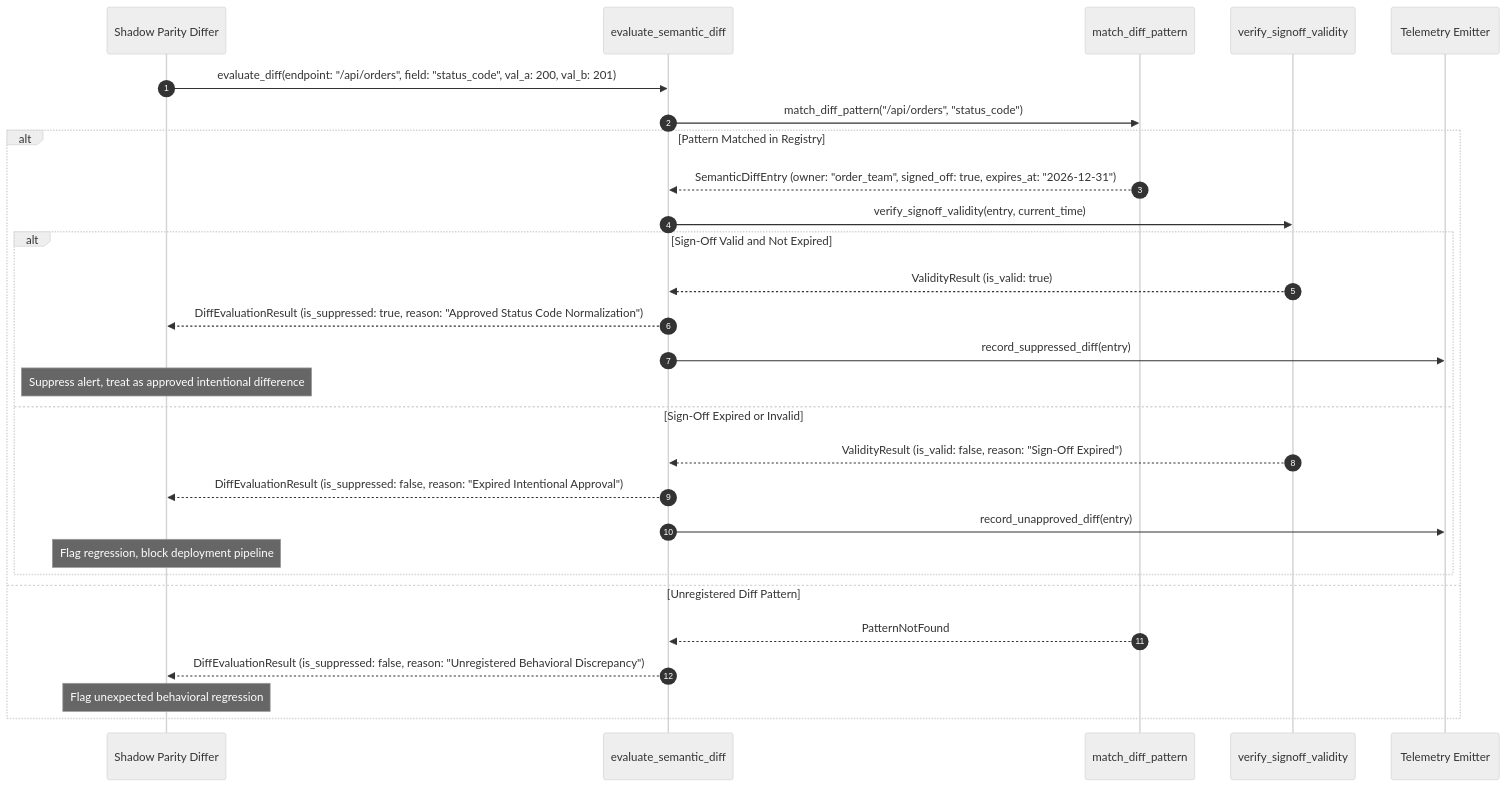
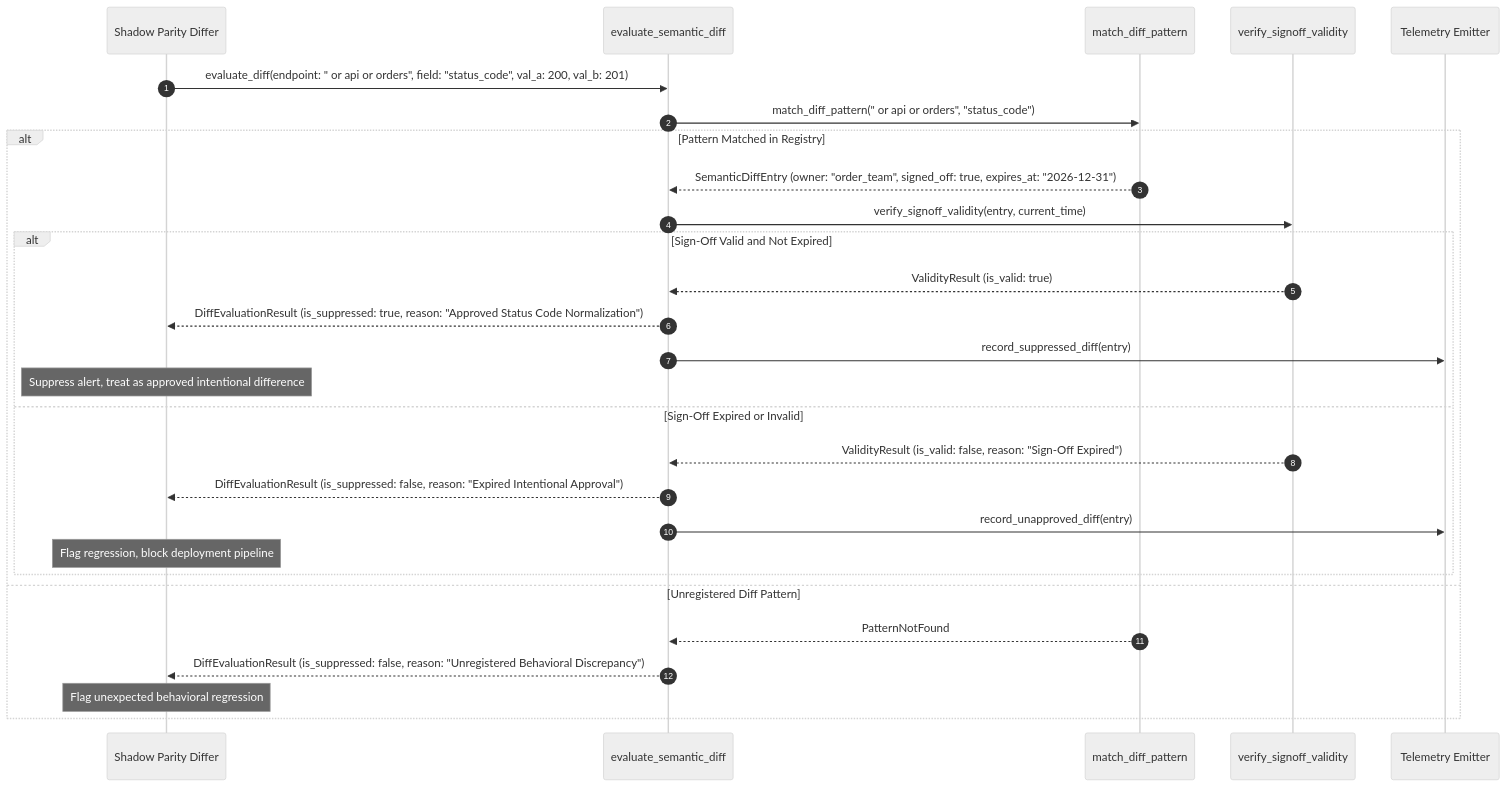
Before and after one commit to Chief-Strategist-J/llm-observability-platform: the second of 2 diagrams in notebooks/runbooks/refs/08-data-translation-and-sagas/semantic-difference-registry.md, drawn with Mermaid (neutral theme). The commit also changed 35 other files, not shown here.

Commit message:
fix(docs): resolve sequence diagram message label syntax errors across runbook suite

````diff
--- a/notebooks/runbooks/refs/08-data-translation-and-sagas/semantic-difference-registry.md
+++ b/notebooks/runbooks/refs/08-data-translation-and-sagas/semantic-difference-registry.md
@@ -59,34 +59,34 @@
 ```mermaid
 sequenceDiagram
     autonumber
     participant Differ as Shadow Parity Differ
     participant Registry as evaluate_semantic_diff
     participant Matcher as match_diff_pattern
     participant Guard as verify_signoff_validity
     participant Audit as Telemetry Emitter
 
-    Differ->>Registry: evaluate_diff(endpoint: "/api/orders", field: "status_code", val_a: 200, val_b: 201)
+    Differ->>Registry: evaluate_diff(endpoint: " or api or orders", field: "status_code", val_a: 200, val_b: 201)
     
-    Registry->>Matcher: match_diff_pattern("/api/orders", "status_code")
+    Registry->>Matcher: match_diff_pattern(" or api or orders", "status_code")
     
     alt Pattern Matched in Registry
         Matcher-->>Registry: SemanticDiffEntry (owner: "order_team", signed_off: true, expires_at: "2026-12-31")
         Registry->>Guard: verify_signoff_validity(entry, current_time)
         
         alt Sign-Off Valid and Not Expired
             Guard-->>Registry: ValidityResult (is_valid: true)
             Registry-->>Differ: DiffEvaluationResult (is_suppressed: true, reason: "Approved Status Code Normalization")
             Registry->>Audit: record_suppressed_diff(entry)
             Note over Differ: Suppress alert, treat as approved intentional difference
         else Sign-Off Expired or Invalid
             Guard-->>Registry: ValidityResult (is_valid: false, reason: "Sign-Off Expired")
             Registry-->>Differ: DiffEvaluationResult (is_suppressed: false, reason: "Expired Intentional Approval")
             Registry->>Audit: record_unapproved_diff(entry)
             Note over Differ: Flag regression, block deployment pipeline
         end
     else Unregistered Diff Pattern
         Matcher-->>Registry: PatternNotFound
         Registry-->>Differ: DiffEvaluationResult (is_suppressed: false, reason: "Unregistered Behavioral Discrepancy")
         Note over Differ: Flag unexpected behavioral regression
     end
 ```
````
